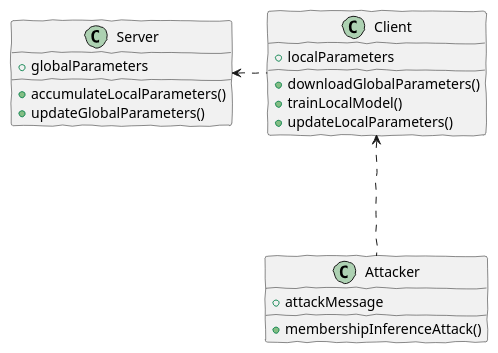
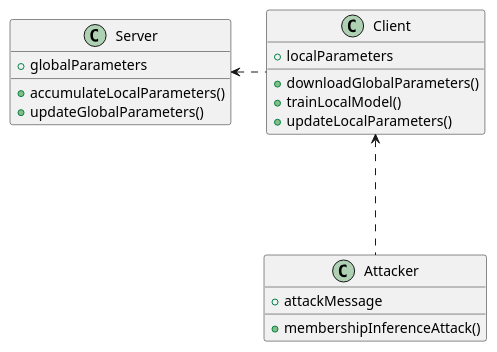
One commit to gongzhimin/Membership-Inference-Attack-in-Federated-Learning changed the diagram in report/imgs/memberinf_fed_class_diagram.puml. Above: the diagram before and after it, drawn with PlantUML. The commit also changed 8 other files, not shown here.

```diff
--- a/report/imgs/memberinf_fed_class_diagram.puml
+++ b/report/imgs/memberinf_fed_class_diagram.puml
@@ -1,23 +1,23 @@
 @startuml memberinf_fed_class_diagram
-skinparam handwritten true
+' skinparam handwritten true
 class Server {
     +globalParameters
     +accumulateLocalParameters()
     +updateGlobalParameters()
 }
 
 class Client {
     +localParameters
     +downloadGlobalParameters()
     +trainLocalModel()
     +updateLocalParameters()
 }
 
 class Attacker {
     +attackMessage
     +membershipInferenceAttack()
 }
 
 Client ...left> Server
 Attacker ...up> Client
 @enduml
```
